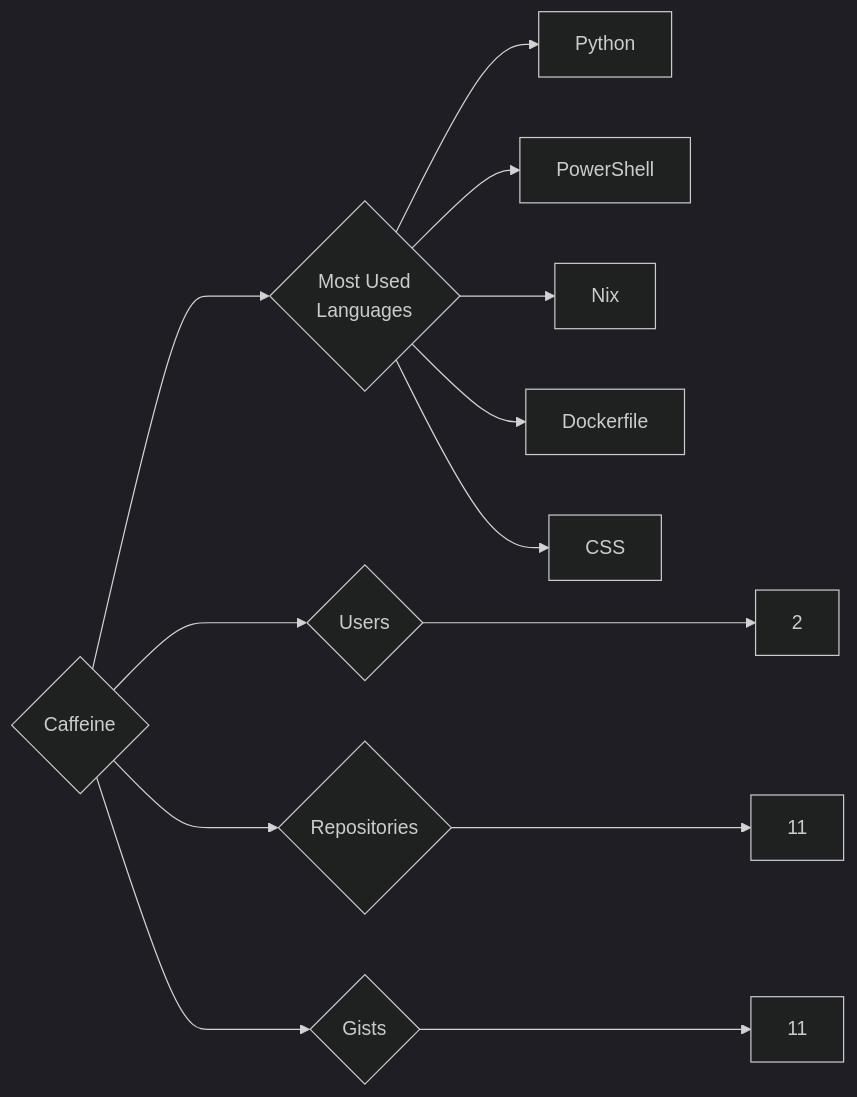
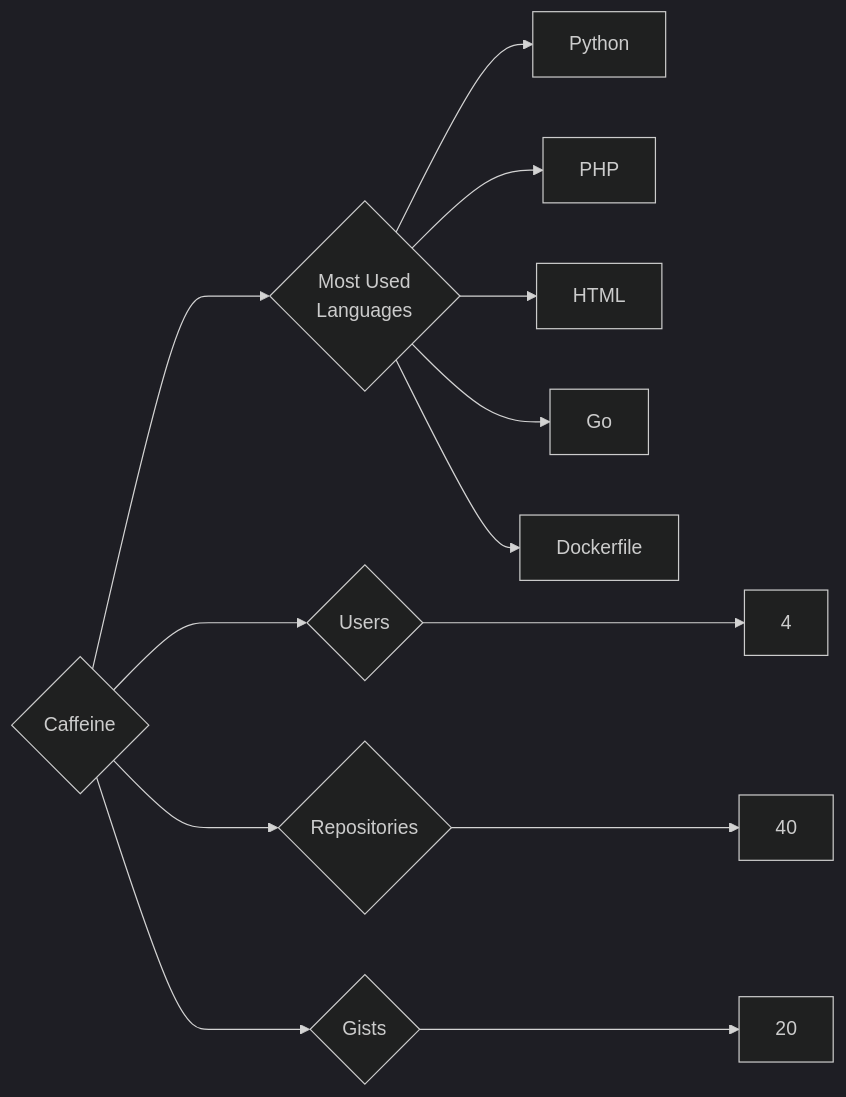
The diagram in targets/Caffeine/README.md (trickest/insiders), drawn with Mermaid (dark theme) before and after one commit. The commit also changed 938 other files, not shown here.

````diff
--- a/targets/Caffeine/README.md
+++ b/targets/Caffeine/README.md
@@ -3,13 +3,13 @@
 ```mermaid
 graph LR
 COMPANY_NAME{Caffeine}
-COMPANY_NAME ---> U{Users} ---> UN[2]
-COMPANY_NAME ---> R{Repositories} ---> RN[11]
-COMPANY_NAME ---> G{Gists} ---> GN[11]
+COMPANY_NAME ---> U{Users} ---> UN[4]
+COMPANY_NAME ---> R{Repositories} ---> RN[40]
+COMPANY_NAME ---> G{Gists} ---> GN[20]
 COMPANY_NAME ---> ML{Most Used<br>Languages}
 ML --> Python[Python]
-ML --> PowerShell[PowerShell]
-ML --> Nix[Nix]
+ML --> PHP[PHP]
+ML --> HTML[HTML]
+ML --> Go[Go]
 ML --> Dockerfile[Dockerfile]
-ML --> CSS[CSS]
 ```
````
